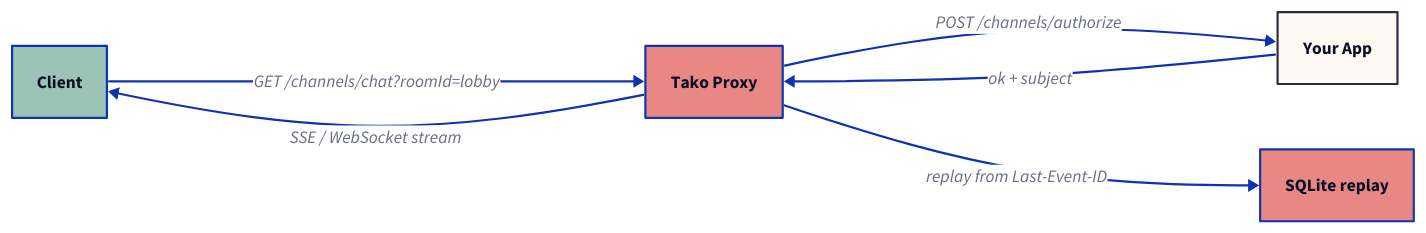
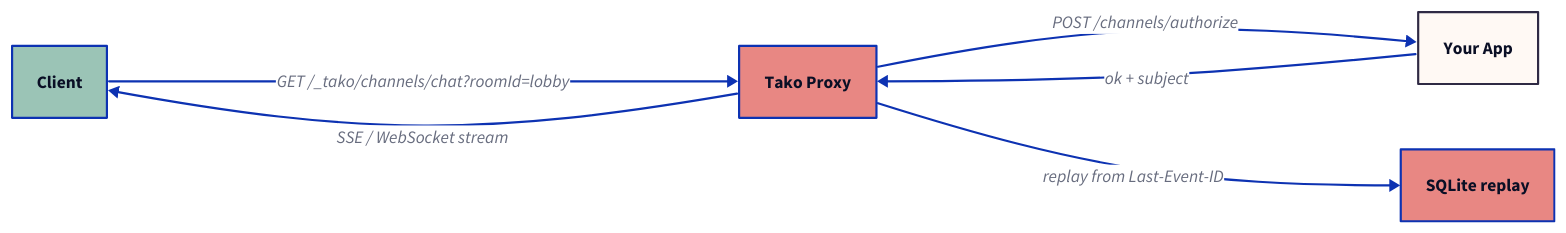
One commit to tako-sh/tako changed the diagram in website/src/content/blog/durable-channels-built-in.md. Above: the diagram before and after it, drawn with D2. The commit also changed other lines of this file and 60 other files, not shown here.

````diff
--- a/website/src/content/blog/durable-channels-built-in.md
+++ b/website/src/content/blog/durable-channels-built-in.md
@@ -37,14 +37,14 @@
 ```d2
 direction: right
 
 client: Client {style.fill: "#9BC4B6"; style.font-size: 16}
 proxy: Tako Proxy {style.fill: "#E88783"; style.font-size: 16}
 app: Your App {style.fill: "#FFF9F4"; style.stroke: "#2F2A44"; style.font-size: 16}
 store: SQLite replay {style.fill: "#E88783"; style.font-size: 16}
 
-client -> proxy: "GET /channels/chat?roomId=lobby"
+client -> proxy: "GET /_tako/channels/chat?roomId=lobby"
 proxy -> app: "POST /channels/authorize"
 app -> proxy: "ok + subject"
 proxy -> store: "replay from Last-Event-ID"
 proxy -> client: "SSE / WebSocket stream"
 ```
````
